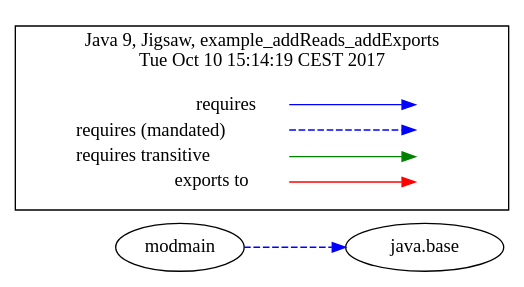
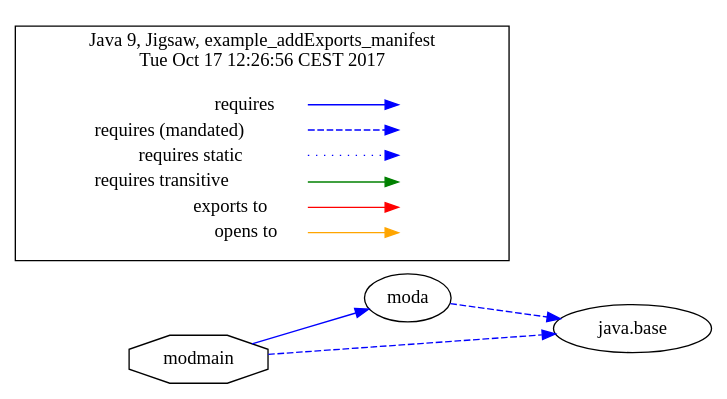
The diagram in jigsaw-examples/example_addExports_manifest/moduledependencies-withlegend.dot (accso/java9-jigsaw-examples), drawn with Graphviz before and after one commit. The commit also changed 150 other files, not shown here.

Commit message:
Upgraded all Jigsaw examples to latest DepVis version 0.3

```diff
--- a/jigsaw-examples/example_addExports_manifest/moduledependencies-withlegend.dot
+++ b/jigsaw-examples/example_addExports_manifest/moduledependencies-withlegend.dot
@@ -1,29 +1,38 @@
-# Created by depvis.JigsawDepVisualizer on Tue Oct 10 15:14:19 CEST 2017
+# Created by depvis.JigsawDepVisualizer on Tue Oct 17 12:26:56 CEST 2017
 digraph Java9_Dependency_Visualizer {
-modmain[fontname="Consolas",shape="ellipse",label="modmain"];
+moda[fontname="Consolas",shape="ellipse",label="moda"];
 java_base[fontname="Consolas",shape="ellipse",label="java.base"];
+modmain[fontname="Consolas",shape="octagon",label="modmain"];
+moda -> java_base[color="#0000ff",fontname="Consolas",fontcolor="#0000ff",style="dashed",weight="16"]
+modmain -> moda[color="#0000ff",fontname="Consolas",fontcolor="#0000ff",weight="8"]
 modmain -> java_base[color="#0000ff",fontname="Consolas",fontcolor="#0000ff",style="dashed",weight="16"]
 rankdir=LR
 node [shape=plaintext]
 subgraph cluster_01 { 
-  label = "Java 9, Jigsaw, example_addReads_addExports
-Tue Oct 10 15:14:19 CEST 2017"
+  label = "Java 9, Jigsaw, example_addExports_manifest
+Tue Oct 17 12:26:56 CEST 2017"
   fontname="Consolas"
   key [label=<<table border="0" cellpadding="2" cellspacing="0" cellborder="0">
     <tr><td align="right" port="i1">requires</td></tr>
     <tr><td align="right" port="i2">requires (mandated)</td></tr>
-    <tr><td align="right" port="i3">requires transitive</td></tr>
-    <tr><td align="right" port="i4">exports to</td></tr>
+    <tr><td align="right" port="i3">requires static</td></tr>
+    <tr><td align="right" port="i4">requires transitive</td></tr>
+    <tr><td align="right" port="i5">exports to</td></tr>
+    <tr><td align="right" port="i6">opens to</td></tr>
     </table>>,fontname="Consolas"]
   key2 [label=<<table border="0" cellpadding="2" cellspacing="0" cellborder="0">
     <tr><td port="i1">&nbsp;</td></tr>
     <tr><td port="i2">&nbsp;</td></tr>
     <tr><td port="i3">&nbsp;</td></tr>
     <tr><td port="i4">&nbsp;</td></tr>
+    <tr><td port="i5">&nbsp;</td></tr>
+    <tr><td port="i6">&nbsp;</td></tr>
     </table>>,fontname="Consolas"]
   key:i1:e -> key2:i1:w [color=BLUE]
   key:i2:e -> key2:i2:w [color=BLUE, style=dashed]
-  key:i3:e -> key2:i3:w [color=GREEN]
-  key:i4:e -> key2:i4:w [color=RED]
+  key:i3:e -> key2:i3:w [color=BLUE, style=dotted]
+  key:i4:e -> key2:i4:w [color=GREEN]
+  key:i5:e -> key2:i5:w [color=RED]
+  key:i6:e -> key2:i6:w [color=ORANGE]
 }
 }
```
